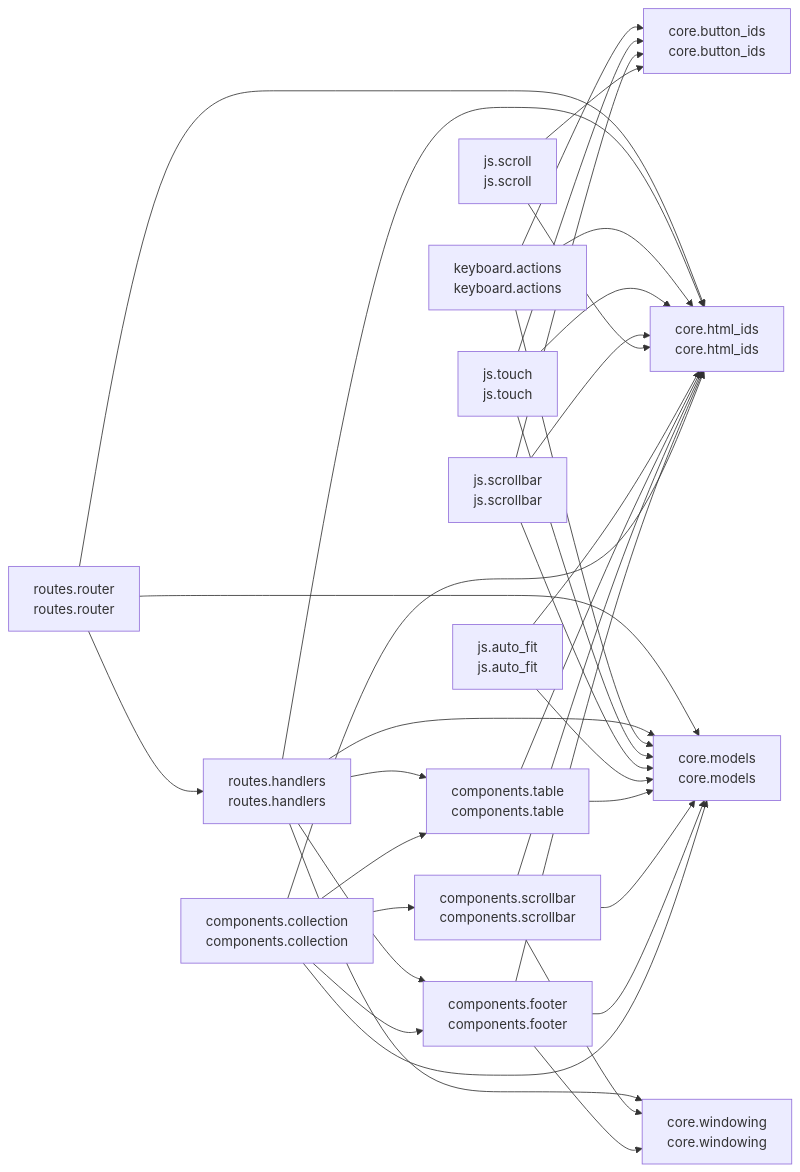
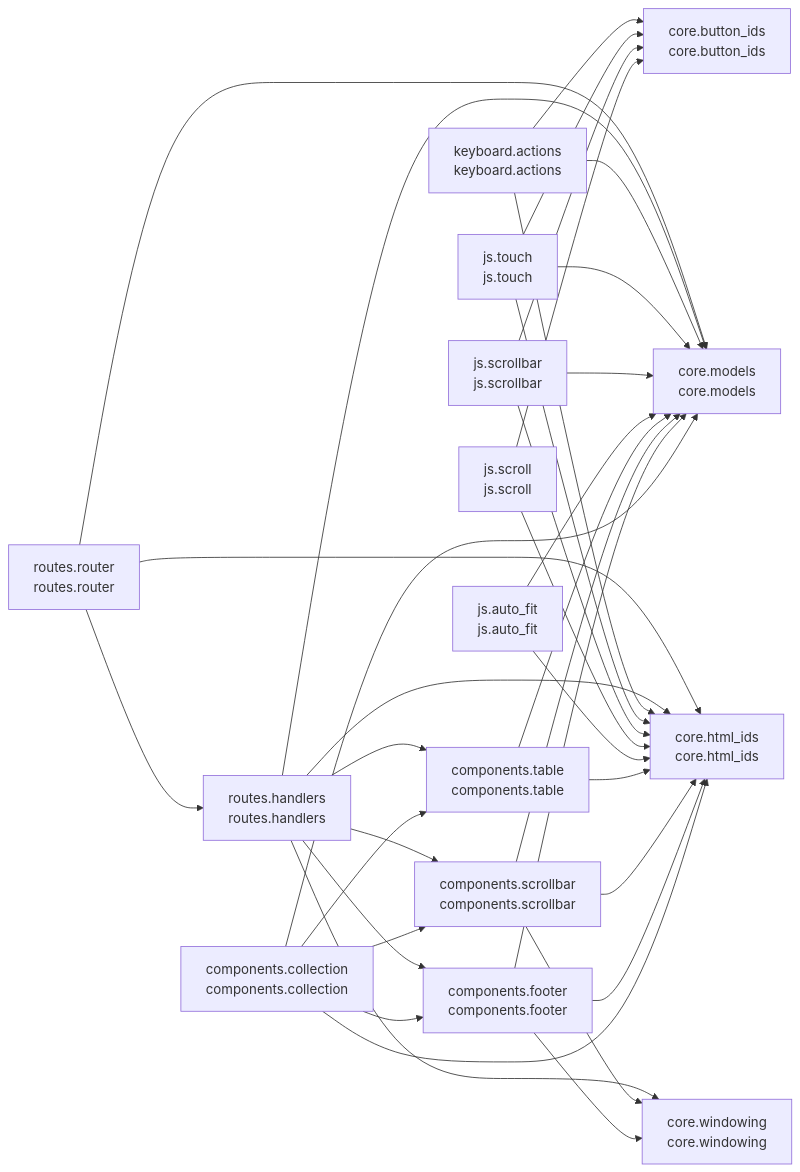
One commit to cj-mills/cjm-fasthtml-virtual-collection changed the diagram in README.md. Above: the diagram before and after it, drawn with Mermaid. The commit also changed other lines of this file and 4 other files, not shown here.

Commit message:
Include scrollbar OOB in container response to keep data-visible-rows and data-total-items attributes fresh after auto-fit resize.

````diff
--- a/README.md
+++ b/README.md
@@ -40,53 +40,54 @@
 ``` mermaid
 graph LR
     components_collection[components.collection<br/>components.collection]
     components_footer[components.footer<br/>components.footer]
     components_scrollbar[components.scrollbar<br/>components.scrollbar]
     components_table[components.table<br/>components.table]
     core_button_ids[core.button_ids<br/>core.button_ids]
     core_html_ids[core.html_ids<br/>core.html_ids]
     core_models[core.models<br/>core.models]
     core_windowing[core.windowing<br/>core.windowing]
     js_auto_fit[js.auto_fit<br/>js.auto_fit]
     js_scroll[js.scroll<br/>js.scroll]
     js_scrollbar[js.scrollbar<br/>js.scrollbar]
     js_touch[js.touch<br/>js.touch]
     keyboard_actions[keyboard.actions<br/>keyboard.actions]
     routes_handlers[routes.handlers<br/>routes.handlers]
     routes_router[routes.router<br/>routes.router]
 
-    components_collection --> core_html_ids
     components_collection --> core_models
     components_collection --> components_table
+    components_collection --> components_footer
+    components_collection --> core_html_ids
     components_collection --> components_scrollbar
-    components_collection --> components_footer
+    components_footer --> core_html_ids
     components_footer --> core_models
-    components_footer --> core_html_ids
     components_footer --> core_windowing
     components_scrollbar --> core_html_ids
+    components_scrollbar --> core_windowing
     components_scrollbar --> core_models
-    components_scrollbar --> core_windowing
+    components_table --> core_models
     components_table --> core_html_ids
-    components_table --> core_models
+    js_auto_fit --> core_models
     js_auto_fit --> core_html_ids
-    js_auto_fit --> core_models
     js_scroll --> core_html_ids
     js_scroll --> core_button_ids
+    js_scrollbar --> core_models
     js_scrollbar --> core_html_ids
     js_scrollbar --> core_button_ids
-    js_scrollbar --> core_models
+    js_touch --> core_models
     js_touch --> core_html_ids
     js_touch --> core_button_ids
-    js_touch --> core_models
+    keyboard_actions --> core_models
     keyboard_actions --> core_html_ids
     keyboard_actions --> core_button_ids
-    keyboard_actions --> core_models
-    routes_handlers --> core_html_ids
     routes_handlers --> core_models
     routes_handlers --> components_table
     routes_handlers --> core_windowing
     routes_handlers --> components_footer
-    routes_router --> core_html_ids
+    routes_handlers --> core_html_ids
+    routes_handlers --> components_scrollbar
     routes_router --> core_models
     routes_router --> routes_handlers
+    routes_router --> core_html_ids
 ```
````
